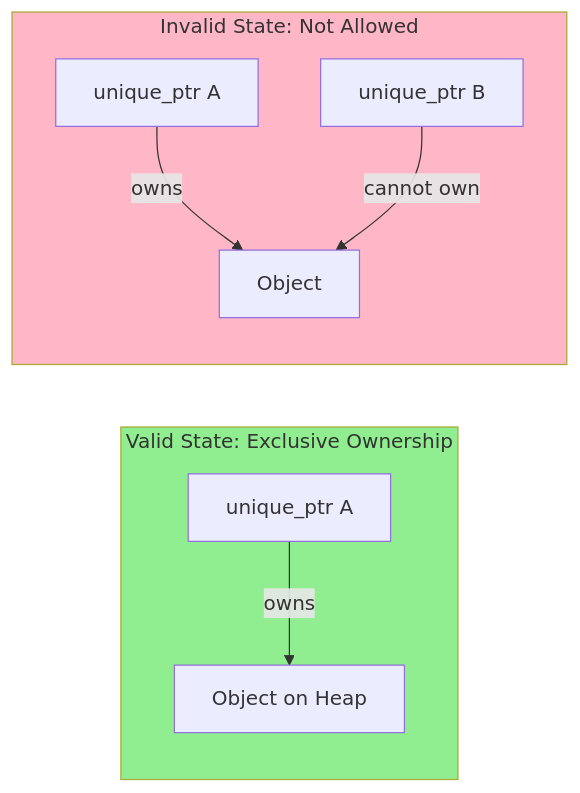
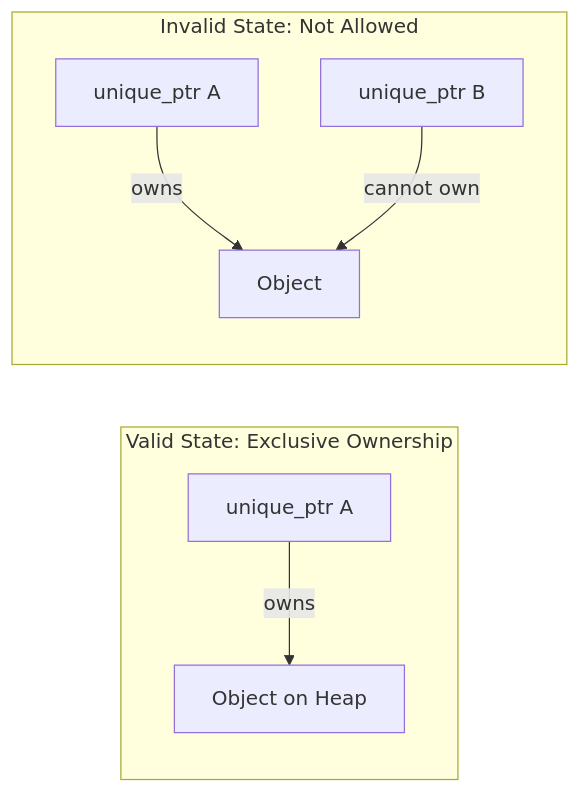
Before and after one commit to sushmitassathe25/Cpp-Pointers: the second of 9 diagrams in Unique pointers.md, drawn with Mermaid. The commit also changed other lines of this file, not shown here.

````diff
--- a/Unique pointers.md
+++ b/Unique pointers.md
@@ -49,14 +32,12 @@
 ```mermaid
 graph LR
     subgraph Valid["Valid State: Exclusive Ownership"]
         A["unique_ptr A"] -->|owns| B["Object on Heap"]
     end
     
     subgraph Invalid["Invalid State: Not Allowed"]
         C["unique_ptr A"] -->|owns| D["Object"]
         E["unique_ptr B"] -->|cannot own| D
     end
     
-    style Valid fill:#90EE90
-    style Invalid fill:#FFB6C6
 ```
````
